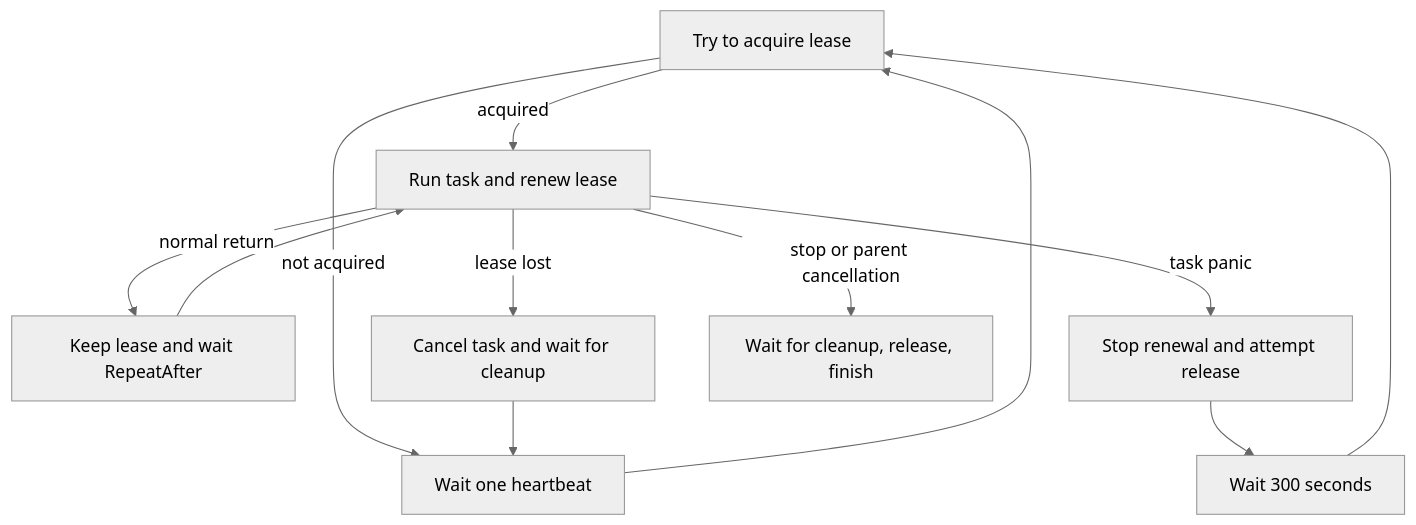
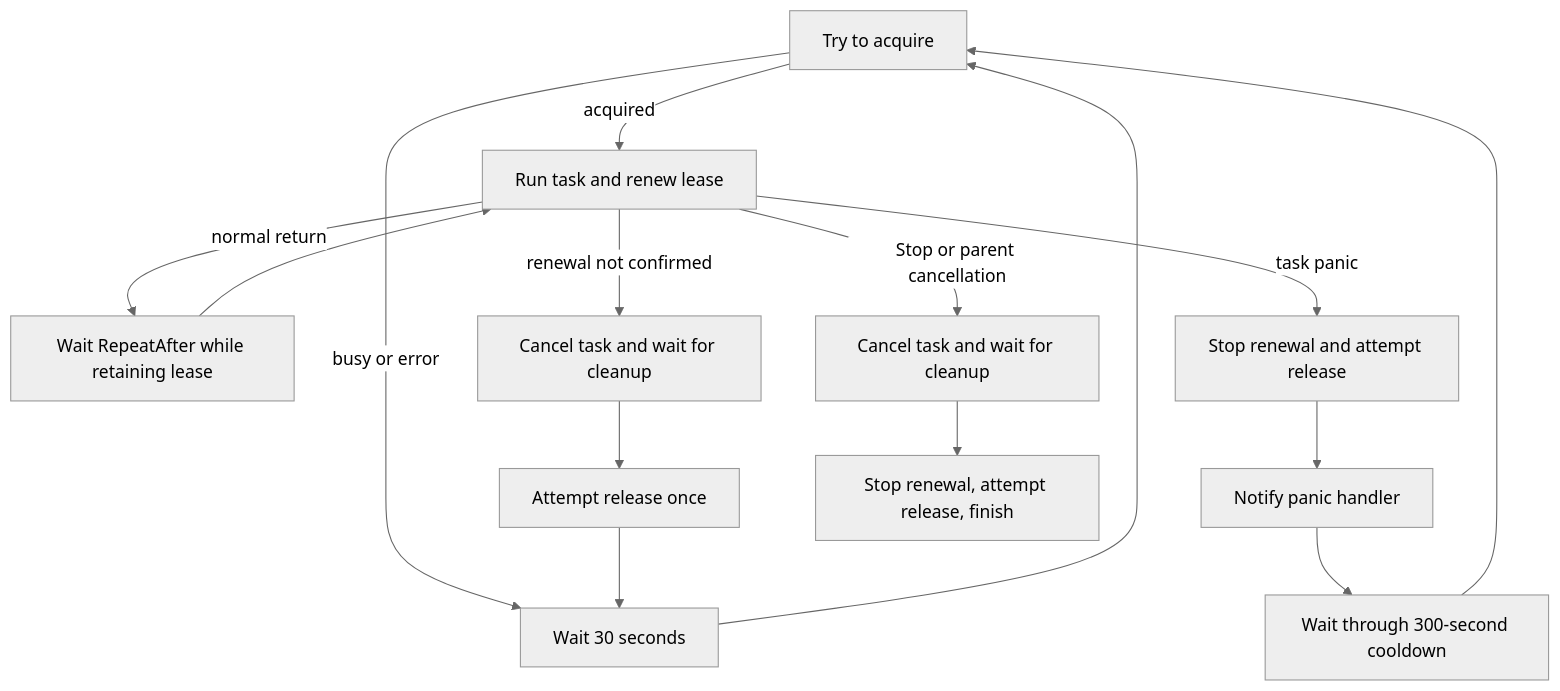
Before and after one commit to LazyEasyDev/EasyRoutine: the diagram in README.md, drawn with Mermaid (neutral theme). The commit also changed other lines of this file and 9 other files, not shown here.

````diff
--- a/README.md
+++ b/README.md
@@ -276,14 +167,17 @@
 ```mermaid
 flowchart TD
-    A[Try to acquire lease] -->|not acquired| B[Wait one heartbeat]
+    A[Try to acquire] -->|busy or error| B[Wait 30 seconds]
     B --> A
     A -->|acquired| C[Run task and renew lease]
-	C -->|normal return| D[Keep lease and wait RepeatAfter]
+    C -->|normal return| D[Wait RepeatAfter while retaining lease]
     D --> C
-    C -->|lease lost| E[Cancel task and wait for cleanup]
-    E --> B
-    C -->|task panic| F[Stop renewal and attempt release]
-    F --> G[Wait 300 seconds]
-    G --> A
-    C -->|stop or parent cancellation| H[Wait for cleanup, release, finish]
+    C -->|renewal not confirmed| E[Cancel task and wait for cleanup]
+    E --> F[Attempt release once]
+    F --> B
+    C -->|task panic| G[Stop renewal and attempt release]
+    G --> H[Notify panic handler]
+    H --> I[Wait through 300-second cooldown]
+    I --> A
+    C -->|Stop or parent cancellation| J[Cancel task and wait for cleanup]
+    J --> K[Stop renewal, attempt release, finish]
 ```
````
